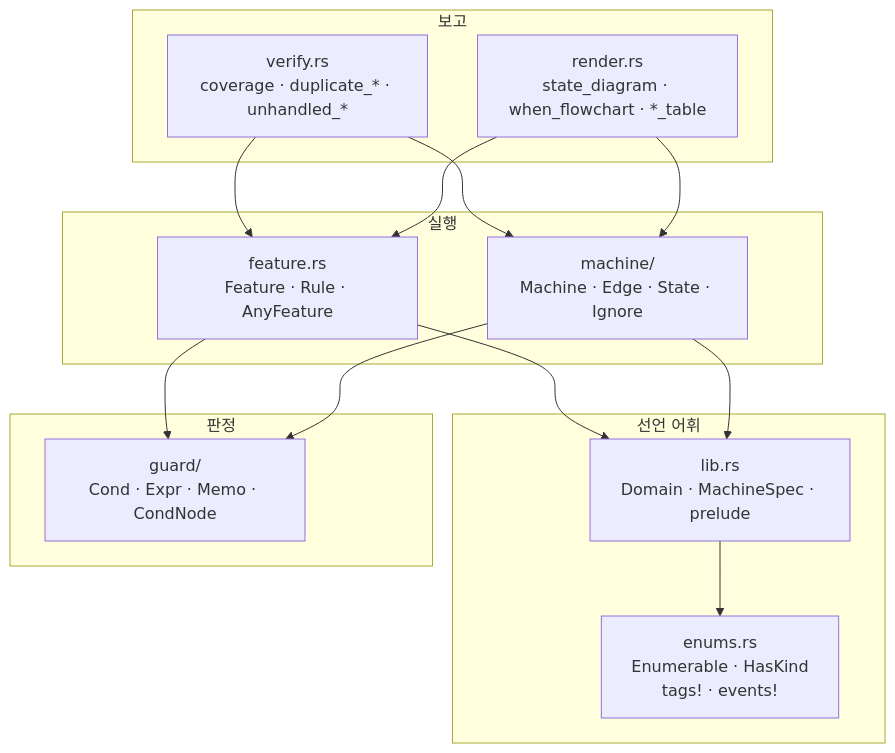
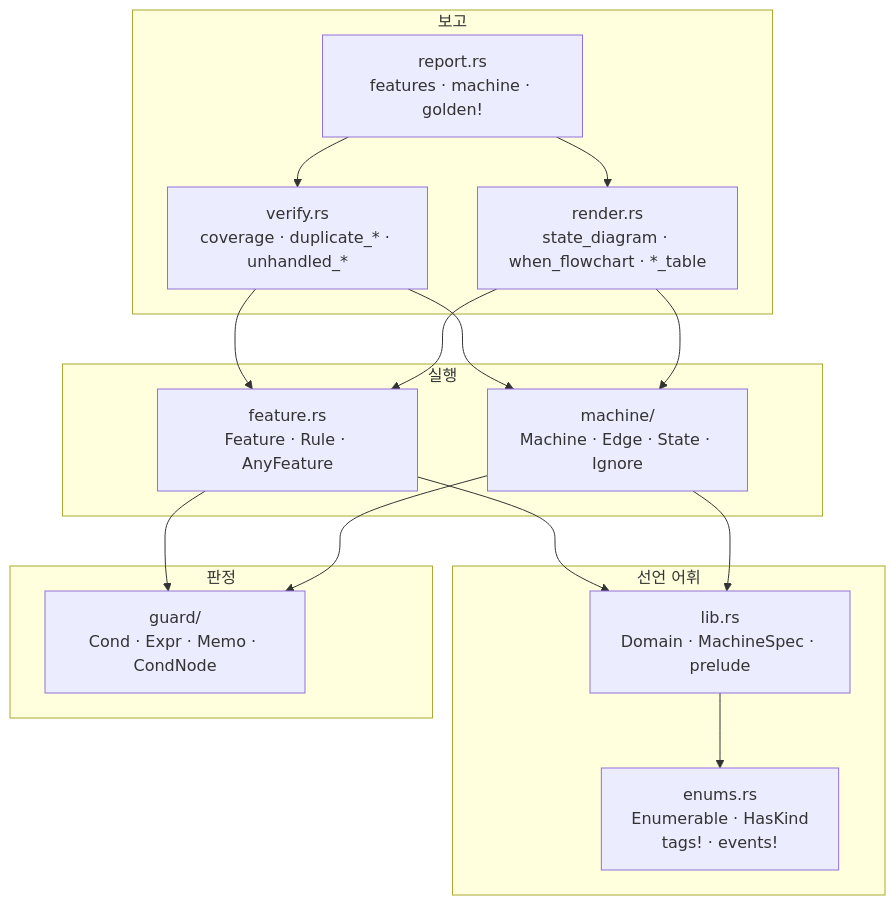
One commit to 4artit/declared changed the first of 2 diagrams in docs/1-structure.md. Above: the diagram before and after it, drawn with Mermaid. The commit also changed other lines of this file and 15 other files, not shown here.

````diff
--- a/docs/1-structure.md
+++ b/docs/1-structure.md
@@ -9,31 +9,34 @@
 ```mermaid
 flowchart TD
     subgraph decl[" 선언 어휘 "]
         L["lib.rs<br/>Domain · MachineSpec · prelude"]
         E["enums.rs<br/>Enumerable · HasKind<br/>tags! · events!"]
     end
 
     subgraph guard[" 판정 "]
         G["guard/<br/>Cond · Expr · Memo · CondNode"]
     end
 
     subgraph run[" 실행 "]
         F["feature.rs<br/>Feature · Rule · AnyFeature"]
         M["machine/<br/>Machine · Edge · State · Ignore"]
     end
 
     subgraph report[" 보고 "]
         V["verify.rs<br/>coverage · duplicate_* · unhandled_*"]
         R["render.rs<br/>state_diagram · when_flowchart · *_table"]
+        P["report.rs<br/>features · machine · golden!"]
     end
 
     L --> E
     F --> G
     M --> G
     F --> L
     M --> L
     V --> F
     V --> M
     R --> F
     R --> M
+    P --> V
+    P --> R
 ```
````
